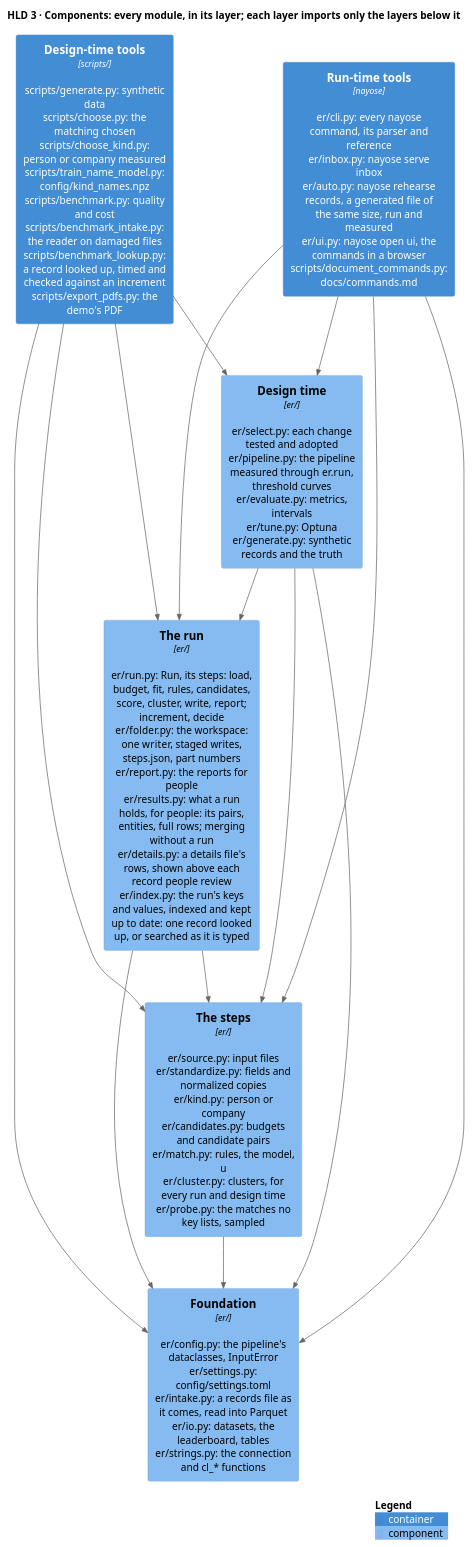
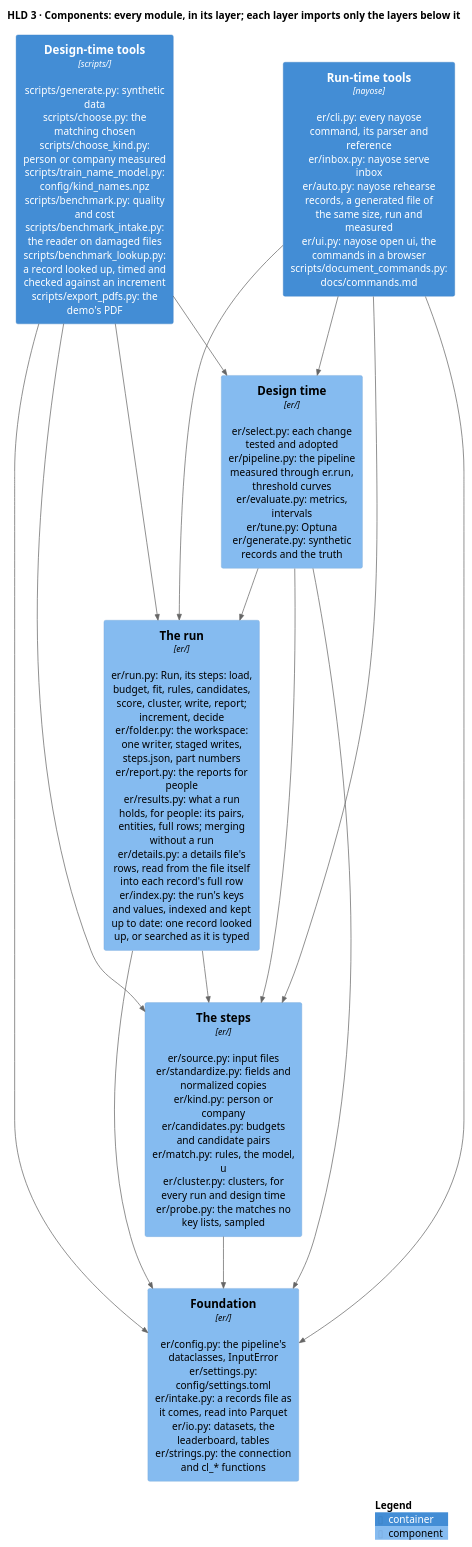
The diagram in docs/diagrams/components.puml (mvsbm/entity_matching), drawn with PlantUML before and after one commit. The commit also changed 3 other files, not shown here.

Commit message:
README and architecture: a details file's rows read from the file itself into each record's full row

```diff
--- a/docs/diagrams/components.puml
+++ b/docs/diagrams/components.puml
@@ -1,31 +1,31 @@
 @startuml components
 !include <C4/C4_Component>
 LAYOUT_TOP_DOWN()
 HIDE_STEREOTYPE()
 title HLD 3 · Components: every module, in its layer; each layer imports only the layers below it
 
 Container(tools_run, "Run-time tools", "nayose", "er/cli.py: every nayose command, its parser and reference\ner/inbox.py: nayose serve inbox\ner/auto.py: nayose rehearse records, a generated file of the same size, run and measured\ner/ui.py: nayose open ui, the commands in a browser\nscripts/document_commands.py: docs/commands.md")
 Container(tools_design, "Design-time tools", "scripts/", "scripts/generate.py: synthetic data\nscripts/choose.py: the matching chosen\nscripts/choose_kind.py: person or company measured\nscripts/train_name_model.py: config/kind_names.npz\nscripts/benchmark.py: quality and cost\nscripts/benchmark_intake.py: the reader on damaged files\nscripts/benchmark_lookup.py: a record looked up, timed and checked against an increment\nscripts/export_pdfs.py: the demo's PDF")
 
-Component(run, "The run", "er/", "er/run.py: Run, its steps: load, budget, fit, rules, candidates, score, cluster, write, report; increment, decide\ner/folder.py: the workspace: one writer, staged writes, steps.json, part numbers\ner/report.py: the reports for people\ner/results.py: what a run holds, for people: its pairs, entities, full rows; merging without a run\ner/details.py: a details file's rows, shown above each record people review\ner/index.py: the run's keys and values, indexed and kept up to date: one record looked up, or searched as it is typed")
+Component(run, "The run", "er/", "er/run.py: Run, its steps: load, budget, fit, rules, candidates, score, cluster, write, report; increment, decide\ner/folder.py: the workspace: one writer, staged writes, steps.json, part numbers\ner/report.py: the reports for people\ner/results.py: what a run holds, for people: its pairs, entities, full rows; merging without a run\ner/details.py: a details file's rows, read from the file itself into each record's full row\ner/index.py: the run's keys and values, indexed and kept up to date: one record looked up, or searched as it is typed")
 Component(design, "Design time", "er/", "er/select.py: each change tested and adopted\ner/pipeline.py: the pipeline measured through er.run, threshold curves\ner/evaluate.py: metrics, intervals\ner/tune.py: Optuna\ner/generate.py: synthetic records and the truth")
 Component(steps, "The steps", "er/", "er/source.py: input files\ner/standardize.py: fields and normalized copies\ner/kind.py: person or company\ner/candidates.py: budgets and candidate pairs\ner/match.py: rules, the model, u\ner/cluster.py: clusters, for every run and design time\ner/probe.py: the matches no key lists, sampled")
 Component(configuration, "Foundation", "er/", "er/config.py: the pipeline's dataclasses, InputError\ner/settings.py: config/settings.toml\ner/intake.py: a records file as it comes, read into Parquet\ner/io.py: datasets, the leaderboard, tables\ner/strings.py: the connection and cl_* functions")
 
 Rel_D(tools_run, run, "")
 Rel_D(tools_run, steps, "")
 Rel_D(tools_run, configuration, "")
 Rel_D(tools_run, design, "")
 Rel_D(tools_design, run, "")
 Rel_D(tools_design, design, "")
 Rel_D(tools_design, steps, "")
 Rel_D(tools_design, configuration, "")
 Rel_D(run, steps, "")
 Rel_D(run, configuration, "")
 Rel_D(design, run, "")
 Rel_D(design, steps, "")
 Rel_D(design, configuration, "")
 Rel_D(steps, configuration, "")
 
 SHOW_LEGEND()
 @enduml
```
